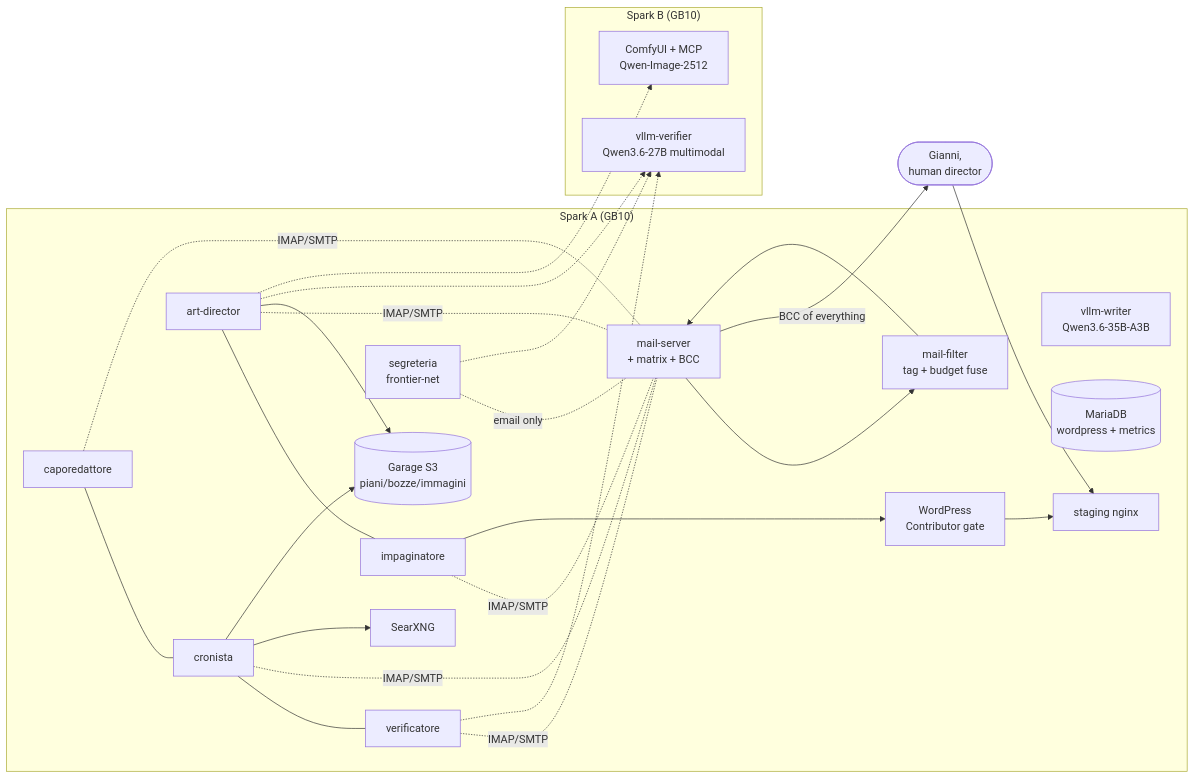
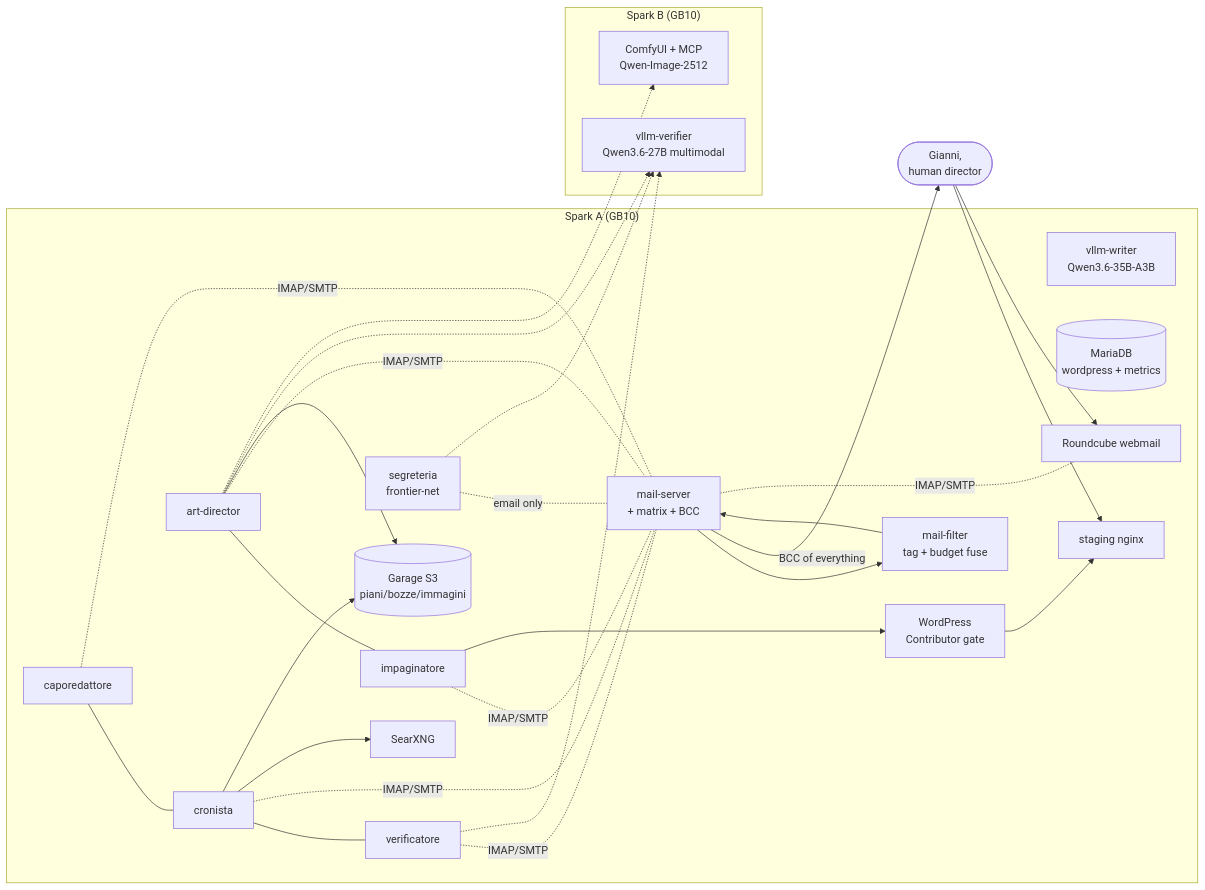
The diagram in README.md (GianniAlessandroni/menabo), drawn with Mermaid before and after one commit. The commit also changed other lines of this file and 5 other files, not shown here.

First line of the commit message:
feat(spark-a): add a Roundcube webmail for the director

````diff
--- a/README.md
+++ b/README.md
@@ -48,30 +48,32 @@
 ```mermaid
 flowchart LR
     subgraph sparkA["Spark A (GB10)"]
         MS[mail-server\n+ matrix + BCC]
         MF[mail-filter\ntag + budget fuse]
         VW[vllm-writer\nQwen3.6-35B-A3B]
         WP[WordPress\nContributor gate]
         GA[(Garage S3\npiani/bozze/immagini)]
         SX[SearXNG]
         DB[(MariaDB\nwordpress + metrics)]
         ST[staging nginx]
+        WM[Roundcube webmail]
         CAPO[caporedattore] --- CRO[cronista] --- VER[verificatore]
         ART[art-director] --- IMP[impaginatore]
         SEG[segreteria\nfrontier-net]
     end
     subgraph sparkB["Spark B (GB10)"]
         VV[vllm-verifier\nQwen3.6-27B multimodal]
         CU[ComfyUI + MCP\nQwen-Image-2512]
     end
     SEG -. email only .- MS
     CAPO & CRO & VER & ART & IMP -. IMAP/SMTP .- MS
     MS --> MF --> MS
     CRO --> SX
     CRO & ART --> GA
     IMP --> WP --> ST
     VER & ART & SEG -.-> VV
     ART -.-> CU
     GIANNI([Gianni,\nhuman director]) --> ST
+    GIANNI --> WM -. IMAP/SMTP .- MS
     MS -- BCC of everything --> GIANNI
 ```
````
